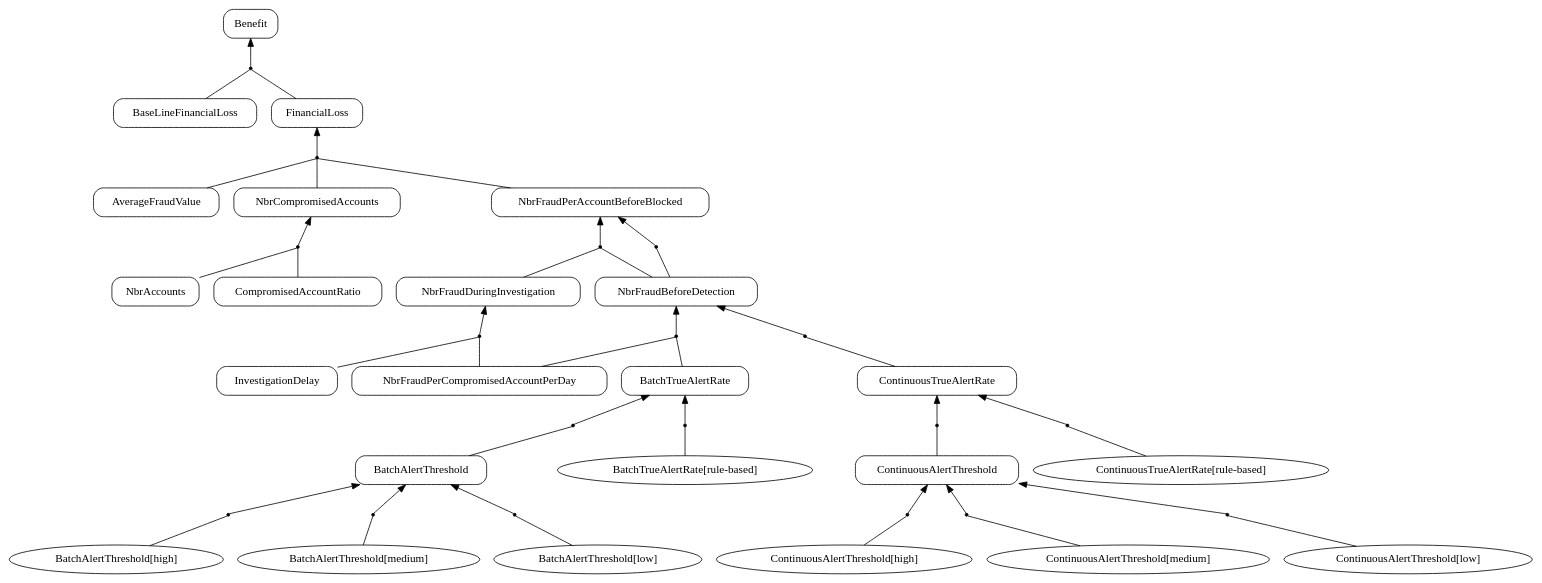
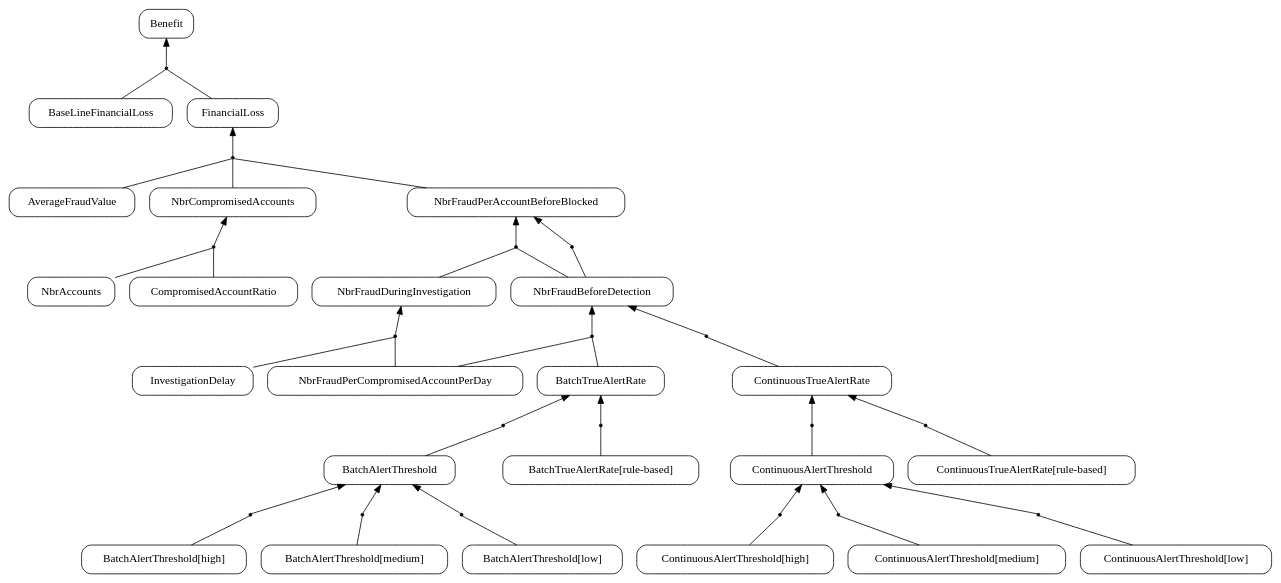
One commit to sbusari/RADAR2 changed the diagram in uk.ac.ucl.cs.examples/FDM/ICSE/AnalysisResult/graph/FDMvgraph.dot. Above: the diagram before and after it, drawn with Graphviz. The commit also changed 60 other files, not shown here.

```diff
--- a/uk.ac.ucl.cs.examples/FDM/ICSE/AnalysisResult/graph/FDMvgraph.dot
+++ b/uk.ac.ucl.cs.examples/FDM/ICSE/AnalysisResult/graph/FDMvgraph.dot
@@ -1,82 +1,98 @@
 digraph G { 
 rankdir = BT 
 "BaseLineFinancialLoss"[shape = box, style = rounded] 
 "AverageFraudValue"[shape = box, style = rounded] 
 "NbrAccounts"[shape = box, style = rounded] 
 "CompromisedAccountRatio"[shape = box, style = rounded] 
 "NbrCompromisedAccounts"[shape = box, style = rounded] 
 AndRef0[shape = point] 
 AndRef0->"NbrCompromisedAccounts"
 "NbrAccounts"->AndRef0 [dir = none] 
 "CompromisedAccountRatio"->AndRef0 [dir = none] 
 AndRef1[shape = point] 
+"ContinuousAlertThreshold[high]"[shape = box, style = rounded] 
 AndRef1->"ContinuousAlertThreshold"
 "ContinuousAlertThreshold[high]"->AndRef1 [dir = none] 
 AndRef2[shape = point] 
+"ContinuousAlertThreshold[medium]"[shape = box, style = rounded] 
 AndRef2->"ContinuousAlertThreshold"
 "ContinuousAlertThreshold[medium]"->AndRef2 [dir = none] 
 AndRef3[shape = point] 
+"ContinuousAlertThreshold[low]"[shape = box, style = rounded] 
 AndRef3->"ContinuousAlertThreshold"
 "ContinuousAlertThreshold[low]"->AndRef3 [dir = none] 
 "ContinuousAlertThreshold"[shape = box, style = rounded] 
 AndRef4[shape = point] 
+"ContinuousAlertThreshold"[shape = box, style = rounded] 
 AndRef4->"ContinuousTrueAlertRate"
 "ContinuousAlertThreshold"->AndRef4 [dir = none] 
 AndRef5[shape = point] 
+"ContinuousTrueAlertRate[rule-based]"[shape = box, style = rounded] 
 AndRef5->"ContinuousTrueAlertRate"
 "ContinuousTrueAlertRate[rule-based]"->AndRef5 [dir = none] 
 "ContinuousTrueAlertRate"[shape = box, style = rounded] 
 AndRef6[shape = point] 
+"ContinuousTrueAlertRate"[shape = box, style = rounded] 
 AndRef6->"NbrFraudBeforeDetection"
 "ContinuousTrueAlertRate"->AndRef6 [dir = none] 
 "NbrFraudPerCompromisedAccountPerDay"[shape = box, style = rounded] 
 AndRef7[shape = point] 
+"BatchAlertThreshold[high]"[shape = box, style = rounded] 
 AndRef7->"BatchAlertThreshold"
 "BatchAlertThreshold[high]"->AndRef7 [dir = none] 
 AndRef8[shape = point] 
+"BatchAlertThreshold[medium]"[shape = box, style = rounded] 
 AndRef8->"BatchAlertThreshold"
 "BatchAlertThreshold[medium]"->AndRef8 [dir = none] 
 AndRef9[shape = point] 
+"BatchAlertThreshold[low]"[shape = box, style = rounded] 
 AndRef9->"BatchAlertThreshold"
 "BatchAlertThreshold[low]"->AndRef9 [dir = none] 
 "BatchAlertThreshold"[shape = box, style = rounded] 
 AndRef10[shape = point] 
+"BatchAlertThreshold"[shape = box, style = rounded] 
 AndRef10->"BatchTrueAlertRate"
 "BatchAlertThreshold"->AndRef10 [dir = none] 
 AndRef11[shape = point] 
+"BatchTrueAlertRate[rule-based]"[shape = box, style = rounded] 
 AndRef11->"BatchTrueAlertRate"
 "BatchTrueAlertRate[rule-based]"->AndRef11 [dir = none] 
 "BatchTrueAlertRate"[shape = box, style = rounded] 
 AndRef12[shape = point] 
+"NbrFraudPerCompromisedAccountPerDay"[shape = box, style = rounded] 
+"BatchTrueAlertRate"[shape = box, style = rounded] 
 AndRef12->"NbrFraudBeforeDetection"
 "NbrFraudPerCompromisedAccountPerDay"->AndRef12 [dir = none] 
 "BatchTrueAlertRate"->AndRef12 [dir = none] 
 "NbrFraudBeforeDetection"[shape = box, style = rounded] 
 AndRef13[shape = point] 
+"NbrFraudBeforeDetection"[shape = box, style = rounded] 
 AndRef13->"NbrFraudPerAccountBeforeBlocked"
 "NbrFraudBeforeDetection"->AndRef13 [dir = none] 
 "NbrFraudBeforeDetection"[shape = box, style = rounded] 
 "NbrFraudPerCompromisedAccountPerDay"[shape = box, style = rounded] 
 "InvestigationDelay"[shape = box, style = rounded] 
 "NbrFraudDuringInvestigation"[shape = box, style = rounded] 
 AndRef14[shape = point] 
 AndRef14->"NbrFraudDuringInvestigation"
 "NbrFraudPerCompromisedAccountPerDay"->AndRef14 [dir = none] 
 "InvestigationDelay"->AndRef14 [dir = none] 
 AndRef15[shape = point] 
+"NbrFraudBeforeDetection"[shape = box, style = rounded] 
+"NbrFraudDuringInvestigation"[shape = box, style = rounded] 
 AndRef15->"NbrFraudPerAccountBeforeBlocked"
 "NbrFraudBeforeDetection"->AndRef15 [dir = none] 
 "NbrFraudDuringInvestigation"->AndRef15 [dir = none] 
 "NbrFraudPerAccountBeforeBlocked"[shape = box, style = rounded] 
 "FinancialLoss"[shape = box, style = rounded] 
 AndRef16[shape = point] 
 AndRef16->"FinancialLoss"
 "AverageFraudValue"->AndRef16 [dir = none] 
 "NbrCompromisedAccounts"->AndRef16 [dir = none] 
 "NbrFraudPerAccountBeforeBlocked"->AndRef16 [dir = none] 
 "Benefit"[shape = box, style = rounded] 
 AndRef17[shape = point] 
 AndRef17->"Benefit"
 "BaseLineFinancialLoss"->AndRef17 [dir = none] 
 "FinancialLoss"->AndRef17 [dir = none] 
 }
```
